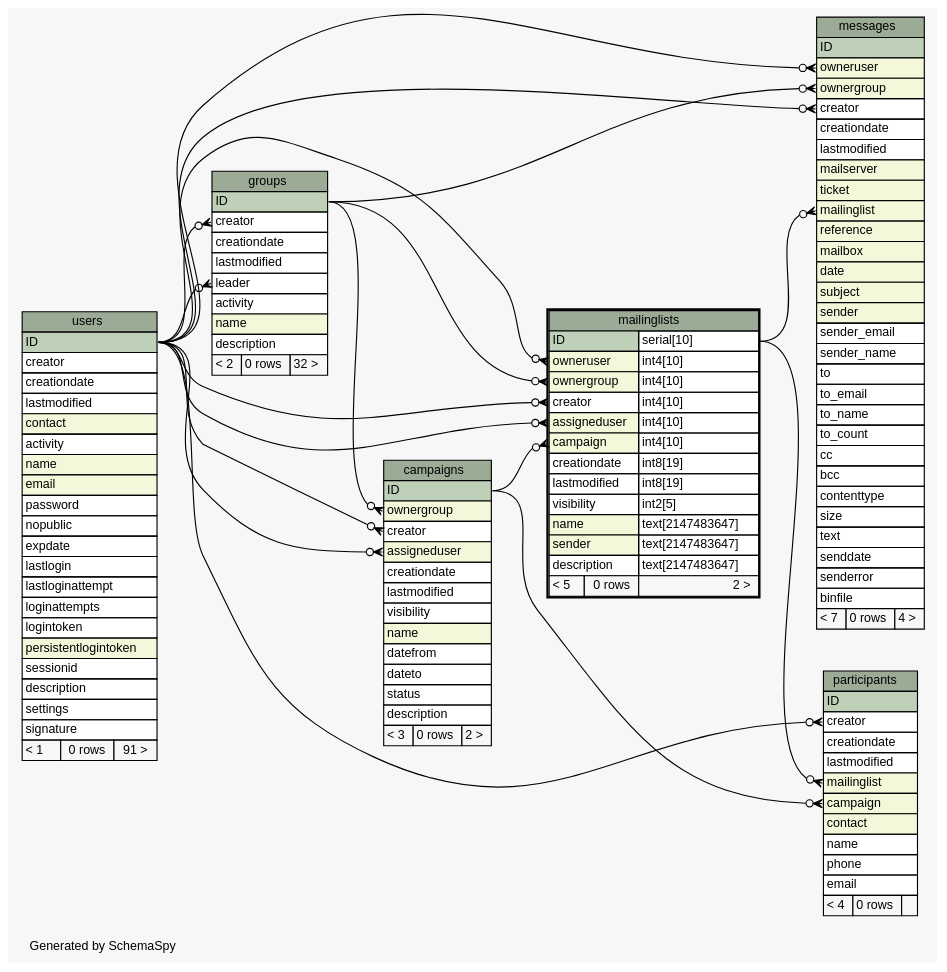
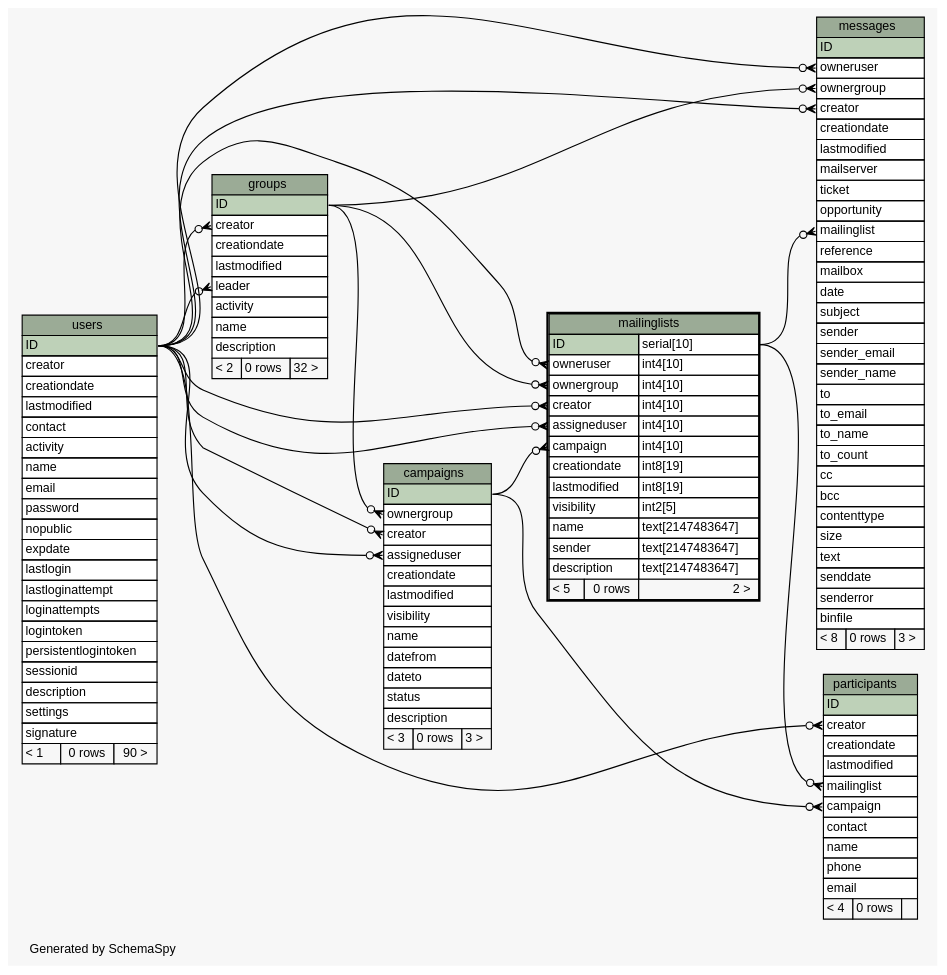
Before and after one commit to zeyosinc/zeyos-schema: the diagram in diagrams/mailinglists.1degree.dot, drawn with Graphviz. The commit also changed 194 other files, not shown here.

```diff
--- a/diagrams/mailinglists.1degree.dot
+++ b/diagrams/mailinglists.1degree.dot
@@ -1,4 +1,4 @@
-// dot 2.38.0 on Mac OS X 10.11.5
+// dot 2.40.1 on Mac OS X 10.12.5
 // SchemaSpy rev 590
 digraph "oneDegreeRelationshipsDiagram" {
   graph [
@@ -41,18 +41,18 @@
     <TABLE BORDER="0" CELLBORDER="1" CELLSPACING="0" BGCOLOR="#ffffff">
       <TR><TD COLSPAN="3" BGCOLOR="#9bab96" ALIGN="CENTER">campaigns</TD></TR>
       <TR><TD PORT="ID" COLSPAN="3" BGCOLOR="#bed1b8" ALIGN="LEFT">ID</TD></TR>
-      <TR><TD PORT="ownergroup" COLSPAN="3" BGCOLOR="#f4f7da" ALIGN="LEFT">ownergroup</TD></TR>
+      <TR><TD PORT="ownergroup" COLSPAN="3" ALIGN="LEFT">ownergroup</TD></TR>
       <TR><TD PORT="creator" COLSPAN="3" ALIGN="LEFT">creator</TD></TR>
-      <TR><TD PORT="assigneduser" COLSPAN="3" BGCOLOR="#f4f7da" ALIGN="LEFT">assigneduser</TD></TR>
+      <TR><TD PORT="assigneduser" COLSPAN="3" ALIGN="LEFT">assigneduser</TD></TR>
       <TR><TD PORT="creationdate" COLSPAN="3" ALIGN="LEFT">creationdate</TD></TR>
       <TR><TD PORT="lastmodified" COLSPAN="3" ALIGN="LEFT">lastmodified</TD></TR>
       <TR><TD PORT="visibility" COLSPAN="3" ALIGN="LEFT">visibility</TD></TR>
-      <TR><TD PORT="name" COLSPAN="3" BGCOLOR="#f4f7da" ALIGN="LEFT">name</TD></TR>
+      <TR><TD PORT="name" COLSPAN="3" ALIGN="LEFT">name</TD></TR>
       <TR><TD PORT="datefrom" COLSPAN="3" ALIGN="LEFT">datefrom</TD></TR>
       <TR><TD PORT="dateto" COLSPAN="3" ALIGN="LEFT">dateto</TD></TR>
       <TR><TD PORT="status" COLSPAN="3" ALIGN="LEFT">status</TD></TR>
       <TR><TD PORT="description" COLSPAN="3" ALIGN="LEFT">description</TD></TR>
-      <TR><TD ALIGN="LEFT" BGCOLOR="#f7f7f7">&lt; 3</TD><TD ALIGN="RIGHT" BGCOLOR="#f7f7f7">0 rows</TD><TD ALIGN="RIGHT" BGCOLOR="#f7f7f7">2 &gt;</TD></TR>
+      <TR><TD ALIGN="LEFT" BGCOLOR="#f7f7f7">&lt; 3</TD><TD ALIGN="RIGHT" BGCOLOR="#f7f7f7">0 rows</TD><TD ALIGN="RIGHT" BGCOLOR="#f7f7f7">3 &gt;</TD></TR>
     </TABLE>>
     URL="campaigns.html"
     tooltip="campaigns"
@@ -67,7 +67,7 @@
       <TR><TD PORT="lastmodified" COLSPAN="3" ALIGN="LEFT">lastmodified</TD></TR>
       <TR><TD PORT="leader" COLSPAN="3" ALIGN="LEFT">leader</TD></TR>
       <TR><TD PORT="activity" COLSPAN="3" ALIGN="LEFT">activity</TD></TR>
-      <TR><TD PORT="name" COLSPAN="3" BGCOLOR="#f4f7da" ALIGN="LEFT">name</TD></TR>
+      <TR><TD PORT="name" COLSPAN="3" ALIGN="LEFT">name</TD></TR>
       <TR><TD PORT="description" COLSPAN="3" ALIGN="LEFT">description</TD></TR>
       <TR><TD ALIGN="LEFT" BGCOLOR="#f7f7f7">&lt; 2</TD><TD ALIGN="RIGHT" BGCOLOR="#f7f7f7">0 rows</TD><TD ALIGN="RIGHT" BGCOLOR="#f7f7f7">32 &gt;</TD></TR>
     </TABLE>>
@@ -79,16 +79,16 @@
     <TABLE BORDER="2" CELLBORDER="1" CELLSPACING="0" BGCOLOR="#ffffff">
       <TR><TD COLSPAN="3" BGCOLOR="#9bab96" ALIGN="CENTER">mailinglists</TD></TR>
       <TR><TD PORT="ID" COLSPAN="2" BGCOLOR="#bed1b8" ALIGN="LEFT">ID</TD><TD PORT="ID.type" ALIGN="LEFT">serial[10]</TD></TR>
-      <TR><TD PORT="owneruser" COLSPAN="2" BGCOLOR="#f4f7da" ALIGN="LEFT">owneruser</TD><TD PORT="owneruser.type" ALIGN="LEFT">int4[10]</TD></TR>
-      <TR><TD PORT="ownergroup" COLSPAN="2" BGCOLOR="#f4f7da" ALIGN="LEFT">ownergroup</TD><TD PORT="ownergroup.type" ALIGN="LEFT">int4[10]</TD></TR>
+      <TR><TD PORT="owneruser" COLSPAN="2" ALIGN="LEFT">owneruser</TD><TD PORT="owneruser.type" ALIGN="LEFT">int4[10]</TD></TR>
+      <TR><TD PORT="ownergroup" COLSPAN="2" ALIGN="LEFT">ownergroup</TD><TD PORT="ownergroup.type" ALIGN="LEFT">int4[10]</TD></TR>
       <TR><TD PORT="creator" COLSPAN="2" ALIGN="LEFT">creator</TD><TD PORT="creator.type" ALIGN="LEFT">int4[10]</TD></TR>
-      <TR><TD PORT="assigneduser" COLSPAN="2" BGCOLOR="#f4f7da" ALIGN="LEFT">assigneduser</TD><TD PORT="assigneduser.type" ALIGN="LEFT">int4[10]</TD></TR>
-      <TR><TD PORT="campaign" COLSPAN="2" BGCOLOR="#f4f7da" ALIGN="LEFT">campaign</TD><TD PORT="campaign.type" ALIGN="LEFT">int4[10]</TD></TR>
+      <TR><TD PORT="assigneduser" COLSPAN="2" ALIGN="LEFT">assigneduser</TD><TD PORT="assigneduser.type" ALIGN="LEFT">int4[10]</TD></TR>
+      <TR><TD PORT="campaign" COLSPAN="2" ALIGN="LEFT">campaign</TD><TD PORT="campaign.type" ALIGN="LEFT">int4[10]</TD></TR>
       <TR><TD PORT="creationdate" COLSPAN="2" ALIGN="LEFT">creationdate</TD><TD PORT="creationdate.type" ALIGN="LEFT">int8[19]</TD></TR>
       <TR><TD PORT="lastmodified" COLSPAN="2" ALIGN="LEFT">lastmodified</TD><TD PORT="lastmodified.type" ALIGN="LEFT">int8[19]</TD></TR>
       <TR><TD PORT="visibility" COLSPAN="2" ALIGN="LEFT">visibility</TD><TD PORT="visibility.type" ALIGN="LEFT">int2[5]</TD></TR>
-      <TR><TD PORT="name" COLSPAN="2" BGCOLOR="#f4f7da" ALIGN="LEFT">name</TD><TD PORT="name.type" ALIGN="LEFT">text[2147483647]</TD></TR>
-      <TR><TD PORT="sender" COLSPAN="2" BGCOLOR="#f4f7da" ALIGN="LEFT">sender</TD><TD PORT="sender.type" ALIGN="LEFT">text[2147483647]</TD></TR>
+      <TR><TD PORT="name" COLSPAN="2" ALIGN="LEFT">name</TD><TD PORT="name.type" ALIGN="LEFT">text[2147483647]</TD></TR>
+      <TR><TD PORT="sender" COLSPAN="2" ALIGN="LEFT">sender</TD><TD PORT="sender.type" ALIGN="LEFT">text[2147483647]</TD></TR>
       <TR><TD PORT="description" COLSPAN="2" ALIGN="LEFT">description</TD><TD PORT="description.type" ALIGN="LEFT">text[2147483647]</TD></TR>
       <TR><TD ALIGN="LEFT" BGCOLOR="#f7f7f7">&lt; 5</TD><TD ALIGN="RIGHT" BGCOLOR="#f7f7f7">0 rows</TD><TD ALIGN="RIGHT" BGCOLOR="#f7f7f7">2 &gt;</TD></TR>
     </TABLE>>
@@ -100,19 +100,20 @@
     <TABLE BORDER="0" CELLBORDER="1" CELLSPACING="0" BGCOLOR="#ffffff">
       <TR><TD COLSPAN="3" BGCOLOR="#9bab96" ALIGN="CENTER">messages</TD></TR>
       <TR><TD PORT="ID" COLSPAN="3" BGCOLOR="#bed1b8" ALIGN="LEFT">ID</TD></TR>
-      <TR><TD PORT="owneruser" COLSPAN="3" BGCOLOR="#f4f7da" ALIGN="LEFT">owneruser</TD></TR>
-      <TR><TD PORT="ownergroup" COLSPAN="3" BGCOLOR="#f4f7da" ALIGN="LEFT">ownergroup</TD></TR>
+      <TR><TD PORT="owneruser" COLSPAN="3" ALIGN="LEFT">owneruser</TD></TR>
+      <TR><TD PORT="ownergroup" COLSPAN="3" ALIGN="LEFT">ownergroup</TD></TR>
       <TR><TD PORT="creator" COLSPAN="3" ALIGN="LEFT">creator</TD></TR>
       <TR><TD PORT="creationdate" COLSPAN="3" ALIGN="LEFT">creationdate</TD></TR>
       <TR><TD PORT="lastmodified" COLSPAN="3" ALIGN="LEFT">lastmodified</TD></TR>
-      <TR><TD PORT="mailserver" COLSPAN="3" BGCOLOR="#f4f7da" ALIGN="LEFT">mailserver</TD></TR>
-      <TR><TD PORT="ticket" COLSPAN="3" BGCOLOR="#f4f7da" ALIGN="LEFT">ticket</TD></TR>
-      <TR><TD PORT="mailinglist" COLSPAN="3" BGCOLOR="#f4f7da" ALIGN="LEFT">mailinglist</TD></TR>
-      <TR><TD PORT="reference" COLSPAN="3" BGCOLOR="#f4f7da" ALIGN="LEFT">reference</TD></TR>
-      <TR><TD PORT="mailbox" COLSPAN="3" BGCOLOR="#f4f7da" ALIGN="LEFT">mailbox</TD></TR>
-      <TR><TD PORT="date" COLSPAN="3" BGCOLOR="#f4f7da" ALIGN="LEFT">date</TD></TR>
-      <TR><TD PORT="subject" COLSPAN="3" BGCOLOR="#f4f7da" ALIGN="LEFT">subject</TD></TR>
-      <TR><TD PORT="sender" COLSPAN="3" BGCOLOR="#f4f7da" ALIGN="LEFT">sender</TD></TR>
+      <TR><TD PORT="mailserver" COLSPAN="3" ALIGN="LEFT">mailserver</TD></TR>
+      <TR><TD PORT="ticket" COLSPAN="3" ALIGN="LEFT">ticket</TD></TR>
+      <TR><TD PORT="opportunity" COLSPAN="3" ALIGN="LEFT">opportunity</TD></TR>
+      <TR><TD PORT="mailinglist" COLSPAN="3" ALIGN="LEFT">mailinglist</TD></TR>
+      <TR><TD PORT="reference" COLSPAN="3" ALIGN="LEFT">reference</TD></TR>
+      <TR><TD PORT="mailbox" COLSPAN="3" ALIGN="LEFT">mailbox</TD></TR>
+      <TR><TD PORT="date" COLSPAN="3" ALIGN="LEFT">date</TD></TR>
+      <TR><TD PORT="subject" COLSPAN="3" ALIGN="LEFT">subject</TD></TR>
+      <TR><TD PORT="sender" COLSPAN="3" ALIGN="LEFT">sender</TD></TR>
       <TR><TD PORT="sender_email" COLSPAN="3" ALIGN="LEFT">sender_email</TD></TR>
       <TR><TD PORT="sender_name" COLSPAN="3" ALIGN="LEFT">sender_name</TD></TR>
       <TR><TD PORT="to" COLSPAN="3" ALIGN="LEFT">to</TD></TR>
@@ -127,7 +128,7 @@
       <TR><TD PORT="senddate" COLSPAN="3" ALIGN="LEFT">senddate</TD></TR>
       <TR><TD PORT="senderror" COLSPAN="3" ALIGN="LEFT">senderror</TD></TR>
       <TR><TD PORT="binfile" COLSPAN="3" ALIGN="LEFT">binfile</TD></TR>
-      <TR><TD ALIGN="LEFT" BGCOLOR="#f7f7f7">&lt; 7</TD><TD ALIGN="RIGHT" BGCOLOR="#f7f7f7">0 rows</TD><TD ALIGN="RIGHT" BGCOLOR="#f7f7f7">4 &gt;</TD></TR>
+      <TR><TD ALIGN="LEFT" BGCOLOR="#f7f7f7">&lt; 8</TD><TD ALIGN="RIGHT" BGCOLOR="#f7f7f7">0 rows</TD><TD ALIGN="RIGHT" BGCOLOR="#f7f7f7">3 &gt;</TD></TR>
     </TABLE>>
     URL="messages.html"
     tooltip="messages"
@@ -140,9 +141,9 @@
       <TR><TD PORT="creator" COLSPAN="3" ALIGN="LEFT">creator</TD></TR>
       <TR><TD PORT="creationdate" COLSPAN="3" ALIGN="LEFT">creationdate</TD></TR>
       <TR><TD PORT="lastmodified" COLSPAN="3" ALIGN="LEFT">lastmodified</TD></TR>
-      <TR><TD PORT="mailinglist" COLSPAN="3" BGCOLOR="#f4f7da" ALIGN="LEFT">mailinglist</TD></TR>
-      <TR><TD PORT="campaign" COLSPAN="3" BGCOLOR="#f4f7da" ALIGN="LEFT">campaign</TD></TR>
-      <TR><TD PORT="contact" COLSPAN="3" BGCOLOR="#f4f7da" ALIGN="LEFT">contact</TD></TR>
+      <TR><TD PORT="mailinglist" COLSPAN="3" ALIGN="LEFT">mailinglist</TD></TR>
+      <TR><TD PORT="campaign" COLSPAN="3" ALIGN="LEFT">campaign</TD></TR>
+      <TR><TD PORT="contact" COLSPAN="3" ALIGN="LEFT">contact</TD></TR>
       <TR><TD PORT="name" COLSPAN="3" ALIGN="LEFT">name</TD></TR>
       <TR><TD PORT="phone" COLSPAN="3" ALIGN="LEFT">phone</TD></TR>
       <TR><TD PORT="email" COLSPAN="3" ALIGN="LEFT">email</TD></TR>
@@ -159,10 +160,10 @@
       <TR><TD PORT="creator" COLSPAN="3" ALIGN="LEFT">creator</TD></TR>
       <TR><TD PORT="creationdate" COLSPAN="3" ALIGN="LEFT">creationdate</TD></TR>
       <TR><TD PORT="lastmodified" COLSPAN="3" ALIGN="LEFT">lastmodified</TD></TR>
-      <TR><TD PORT="contact" COLSPAN="3" BGCOLOR="#f4f7da" ALIGN="LEFT">contact</TD></TR>
+      <TR><TD PORT="contact" COLSPAN="3" ALIGN="LEFT">contact</TD></TR>
       <TR><TD PORT="activity" COLSPAN="3" ALIGN="LEFT">activity</TD></TR>
-      <TR><TD PORT="name" COLSPAN="3" BGCOLOR="#f4f7da" ALIGN="LEFT">name</TD></TR>
-      <TR><TD PORT="email" COLSPAN="3" BGCOLOR="#f4f7da" ALIGN="LEFT">email</TD></TR>
+      <TR><TD PORT="name" COLSPAN="3" ALIGN="LEFT">name</TD></TR>
+      <TR><TD PORT="email" COLSPAN="3" ALIGN="LEFT">email</TD></TR>
       <TR><TD PORT="password" COLSPAN="3" ALIGN="LEFT">password</TD></TR>
       <TR><TD PORT="nopublic" COLSPAN="3" ALIGN="LEFT">nopublic</TD></TR>
       <TR><TD PORT="expdate" COLSPAN="3" ALIGN="LEFT">expdate</TD></TR>
@@ -170,12 +171,12 @@
       <TR><TD PORT="lastloginattempt" COLSPAN="3" ALIGN="LEFT">lastloginattempt</TD></TR>
       <TR><TD PORT="loginattempts" COLSPAN="3" ALIGN="LEFT">loginattempts</TD></TR>
       <TR><TD PORT="logintoken" COLSPAN="3" ALIGN="LEFT">logintoken</TD></TR>
-      <TR><TD PORT="persistentlogintoken" COLSPAN="3" BGCOLOR="#f4f7da" ALIGN="LEFT">persistentlogintoken</TD></TR>
+      <TR><TD PORT="persistentlogintoken" COLSPAN="3" ALIGN="LEFT">persistentlogintoken</TD></TR>
       <TR><TD PORT="sessionid" COLSPAN="3" ALIGN="LEFT">sessionid</TD></TR>
       <TR><TD PORT="description" COLSPAN="3" ALIGN="LEFT">description</TD></TR>
       <TR><TD PORT="settings" COLSPAN="3" ALIGN="LEFT">settings</TD></TR>
       <TR><TD PORT="signature" COLSPAN="3" ALIGN="LEFT">signature</TD></TR>
-      <TR><TD ALIGN="LEFT" BGCOLOR="#f7f7f7">&lt; 1</TD><TD ALIGN="RIGHT" BGCOLOR="#f7f7f7">0 rows</TD><TD ALIGN="RIGHT" BGCOLOR="#f7f7f7">91 &gt;</TD></TR>
+      <TR><TD ALIGN="LEFT" BGCOLOR="#f7f7f7">&lt; 1</TD><TD ALIGN="RIGHT" BGCOLOR="#f7f7f7">0 rows</TD><TD ALIGN="RIGHT" BGCOLOR="#f7f7f7">90 &gt;</TD></TR>
     </TABLE>>
     URL="users.html"
     tooltip="users"
```
